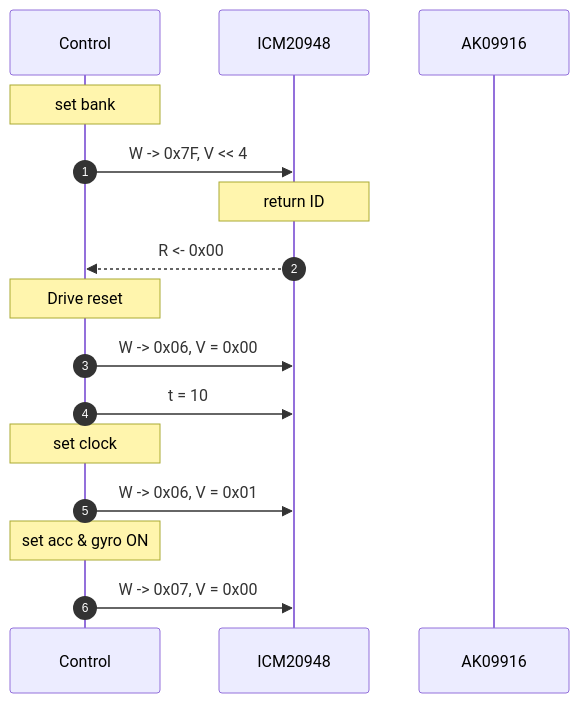
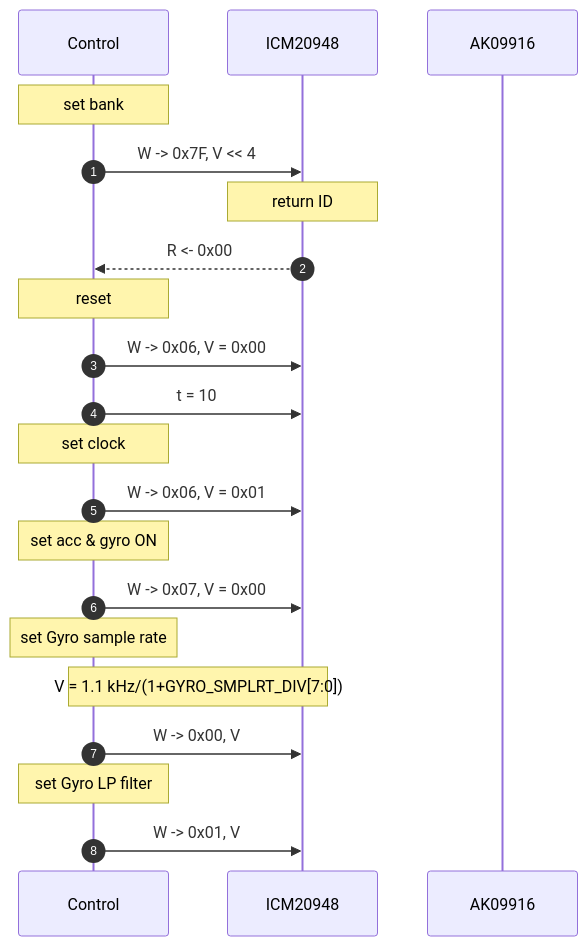
Before and after one commit to hkdickyko/hkdickyko.github.io: the diagram in _posts/2025-04-06-mdchart.md, drawn with Mermaid.

```diff
--- a/_posts/2025-04-06-mdchart.md
+++ b/_posts/2025-04-06-mdchart.md
@@ -52,18 +52,23 @@
 <div class="mermaid">
 sequenceDiagram;
    autonumber;
    participant C as Control; 
    participant I as ICM20948;
    participant A as AK09916;
    note over C: set bank;
    C->>I: W -> 0x7F, V << 4;
    note over I: return ID;
    I-->>C: R <- 0x00;
-   note over C: Drive reset;
+   note over C: reset;
    C->>I: W -> 0x06, V = 0x00;
    C->>I: t = 10;
    note over C: set clock;
    C->>I: W -> 0x06, V = 0x01;
    note over C: set acc & gyro ON;
    C->>I: W -> 0x07, V = 0x00;
+   note over C: set Gyro sample rate;
+   note over C, I: V = 1.1 kHz/(1+GYRO_SMPLRT_DIV[7:0]);
+   C->>I: W -> 0x00, V;
+   note over C: set Gyro LP filter;
+   C->>I: W -> 0x01, V;
 </div>
```
